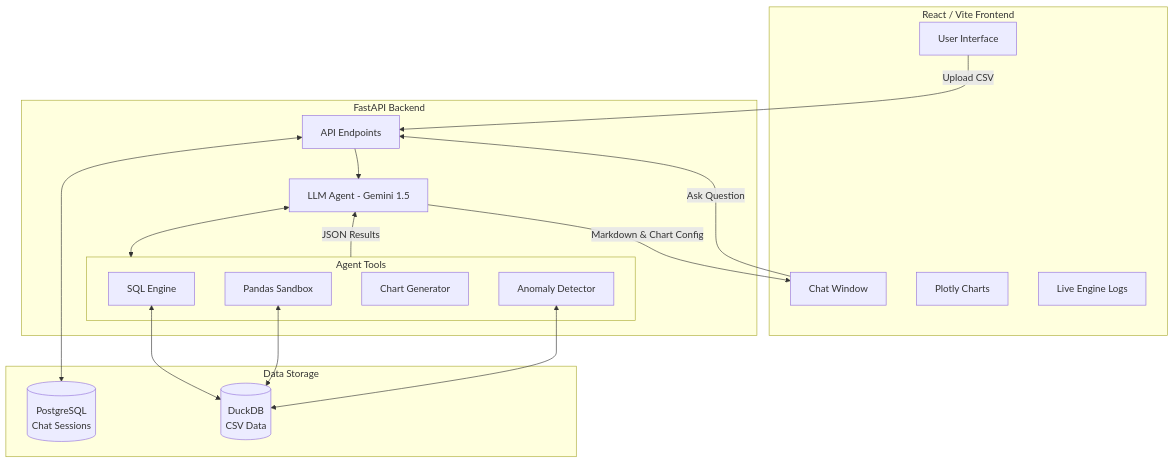
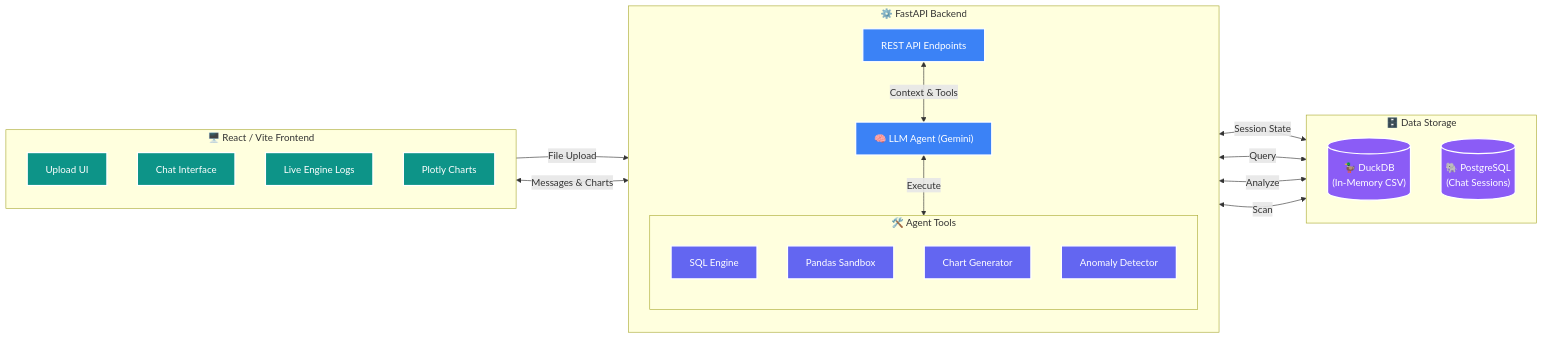
One commit to AkankshaRaj07/DataLensAI changed the diagram in README.md. Above: the diagram before and after it, drawn with Mermaid.

Commit message:
docs: Improve architecture diagram layout and styling

````diff
--- a/README.md
+++ b/README.md
@@ -52,37 +52,53 @@
 ```mermaid
-graph TD
-    subgraph Frontend [React / Vite Frontend]
-        UI[User Interface]
-        Chat[Chat Window]
-        Visuals[Plotly Charts]
-        Logs[Live Engine Logs]
+flowchart LR
+    subgraph Frontend ["🖥️ React / Vite Frontend"]
+        direction TB
+        UI["Upload UI"]
+        Chat["Chat Interface"]
+        Logs["Live Engine Logs"]
+        Visuals["Plotly Charts"]
     end
 
-    subgraph Backend [FastAPI Backend]
-        API[API Endpoints]
-        Agent[LLM Agent - Gemini 1.5]
+    subgraph Backend ["⚙️ FastAPI Backend"]
+        direction TB
+        API["REST API Endpoints"]
+        Agent["🧠 LLM Agent (Gemini)"]
         
-        subgraph Tools [Agent Tools]
-            SQL[SQL Engine]
-            Pandas[Pandas Sandbox]
-            ChartGen[Chart Generator]
-            Anomaly[Anomaly Detector]
+        subgraph Tools ["🛠️ Agent Tools"]
+            direction TB
+            SQL["SQL Engine"]
+            Pandas["Pandas Sandbox"]
+            ChartGen["Chart Generator"]
+            Anomaly["Anomaly Detector"]
         end
     end
 
-    subgraph Databases [Data Storage]
-        PG[(PostgreSQL<br>Chat Sessions)]
-        Duck[(DuckDB<br>CSV Data)]
+    subgraph Data ["🗄️ Data Storage"]
+        direction TB
+        Duck[("🦆 DuckDB<br>(In-Memory CSV)")]
+        PG[("🐘 PostgreSQL<br>(Chat Sessions)")]
     end
 
-    UI -->|Upload CSV| API
-    Chat -->|Ask Question| API
-    API --> Agent
-    Agent <--> Tools
-    SQL <--> Duck
-    Pandas <--> Duck
-    Anomaly <--> Duck
-    API <--> PG
-    Tools -->|JSON Results| Agent
-    Agent -->|Markdown & Chart Config| Chat
+    %% High-level Data Flow
+    UI -->|File Upload| API
+    Chat <-->|Messages & Charts| API
+    
+    API <-->|Session State| PG
+    API <-->|Context & Tools| Agent
+    
+    Agent <-->|Execute| Tools
+    SQL <-->|Query| Duck
+    Pandas <-->|Analyze| Duck
+    Anomaly <-->|Scan| Duck
+
+    %% Styling
+    classDef frontend fill:#0d9488,stroke:#fff,stroke-width:2px,color:#fff;
+    classDef backend fill:#3b82f6,stroke:#fff,stroke-width:2px,color:#fff;
+    classDef tools fill:#6366f1,stroke:#fff,stroke-width:2px,color:#fff;
+    classDef db fill:#8b5cf6,stroke:#fff,stroke-width:2px,color:#fff;
+    
+    class UI,Chat,Logs,Visuals frontend;
+    class API,Agent backend;
+    class SQL,Pandas,ChartGen,Anomaly tools;
+    class Duck,PG db;
 ```
````
